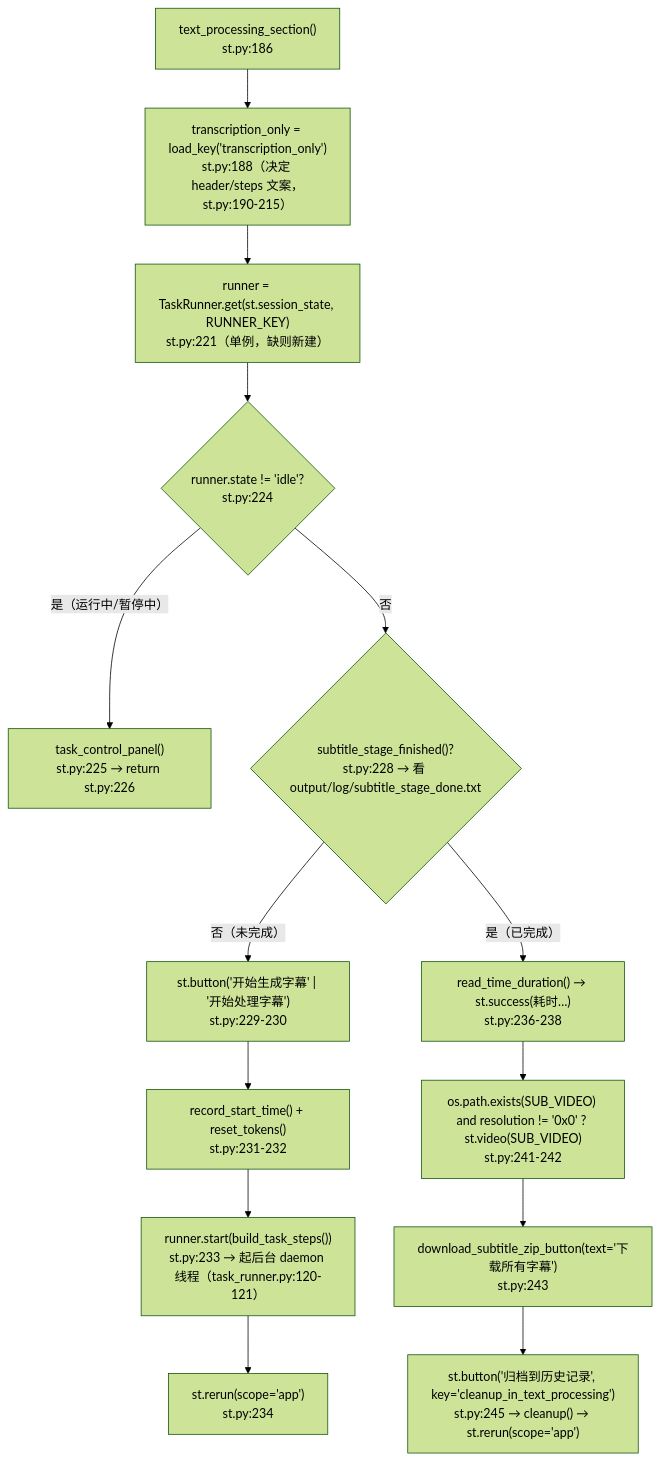
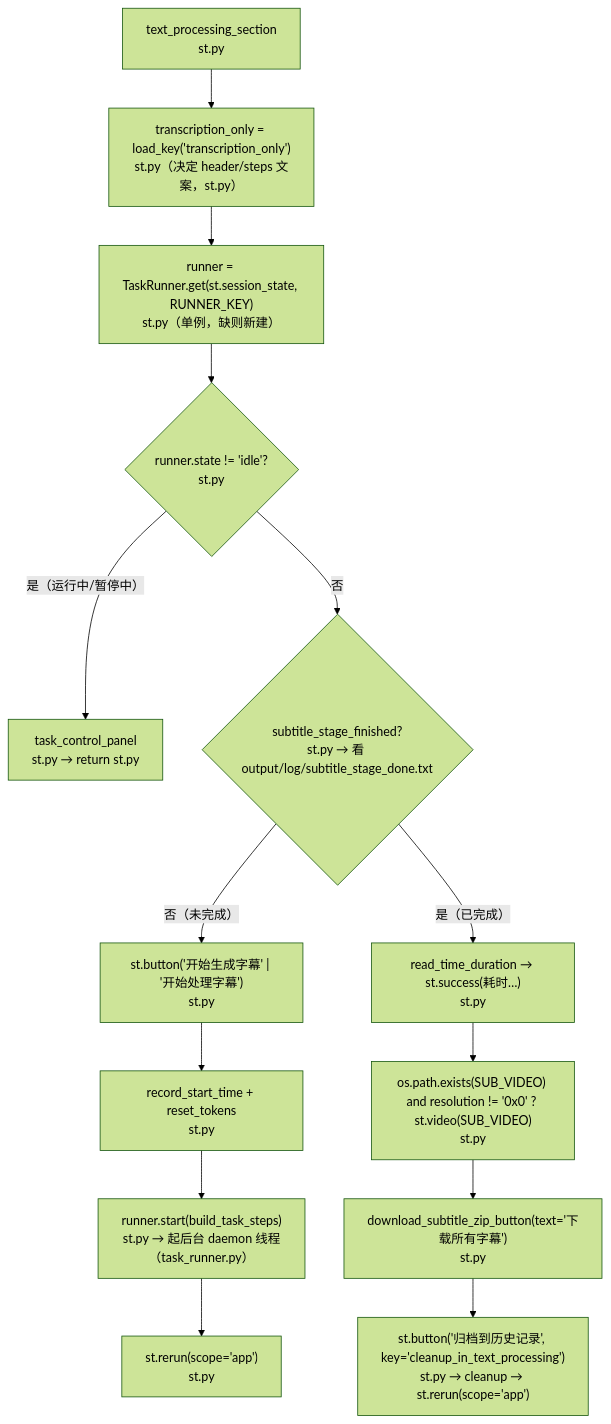
The second of 4 diagrams in devdocs/01-entrypoints/01-Streamlit主应用入口.md (Brzjomo/VideoLingoMove), drawn with Mermaid (forest theme) before and after one commit. The commit also changed other lines of this file and 33 other files, not shown here.

````diff
--- a/devdocs/01-entrypoints/01-Streamlit主应用入口.md
+++ b/devdocs/01-entrypoints/01-Streamlit主应用入口.md
@@ -116,16 +116,16 @@
 ```mermaid
 flowchart TD
-    A["text_processing_section()<br/>st.py:186"] --> B["transcription_only = load_key('transcription_only')<br/>st.py:188（决定 header/steps 文案，st.py:190-215）"]
-    B --> C["runner = TaskRunner.get(st.session_state, RUNNER_KEY)<br/>st.py:221（单例，缺则新建）"]
-    C --> D{"runner.state != 'idle'?<br/>st.py:224"}
-    D -- "是（运行中/暂停中）" --> D2["task_control_panel()<br/>st.py:225 → return st.py:226"]
-    D -- "否" --> E{"subtitle_stage_finished()?<br/>st.py:228 → 看 output/log/subtitle_stage_done.txt"}
-    E -- "否（未完成）" --> F["st.button('开始生成字幕' | '开始处理字幕')<br/>st.py:229-230"]
-    F --> G["record_start_time() + reset_tokens()<br/>st.py:231-232"]
-    G --> H["runner.start(build_task_steps())<br/>st.py:233 → 起后台 daemon 线程（task_runner.py:120-121）"]
-    H --> I["st.rerun(scope='app')<br/>st.py:234"]
-    E -- "是（已完成）" --> J["read_time_duration() → st.success(耗时…)<br/>st.py:236-238"]
-    J --> K["os.path.exists(SUB_VIDEO) and resolution != '0x0' ? st.video(SUB_VIDEO)<br/>st.py:241-242"]
-    K --> L["download_subtitle_zip_button(text='下载所有字幕')<br/>st.py:243"]
-    L --> M["st.button('归档到历史记录', key='cleanup_in_text_processing')<br/>st.py:245 → cleanup() → st.rerun(scope='app')"]
+ A["text_processing_section<br/>st.py"] --> B["transcription_only = load_key('transcription_only')<br/>st.py（决定 header/steps 文案，st.py）"]
+ B --> C["runner = TaskRunner.get(st.session_state, RUNNER_KEY)<br/>st.py（单例，缺则新建）"]
+ C --> D{"runner.state != 'idle'?<br/>st.py"}
+ D -- "是（运行中/暂停中）" --> D2["task_control_panel<br/>st.py → return st.py"]
+ D -- "否" --> E{"subtitle_stage_finished?<br/>st.py → 看 output/log/subtitle_stage_done.txt"}
+ E -- "否（未完成）" --> F["st.button('开始生成字幕' | '开始处理字幕')<br/>st.py"]
+ F --> G["record_start_time + reset_tokens<br/>st.py"]
+ G --> H["runner.start(build_task_steps)<br/>st.py → 起后台 daemon 线程（task_runner.py）"]
+ H --> I["st.rerun(scope='app')<br/>st.py"]
+ E -- "是（已完成）" --> J["read_time_duration → st.success(耗时…)<br/>st.py"]
+ J --> K["os.path.exists(SUB_VIDEO) and resolution != '0x0' ? st.video(SUB_VIDEO)<br/>st.py"]
+ K --> L["download_subtitle_zip_button(text='下载所有字幕')<br/>st.py"]
+ L --> M["st.button('归档到历史记录', key='cleanup_in_text_processing')<br/>st.py → cleanup → st.rerun(scope='app')"]
 ```
````
